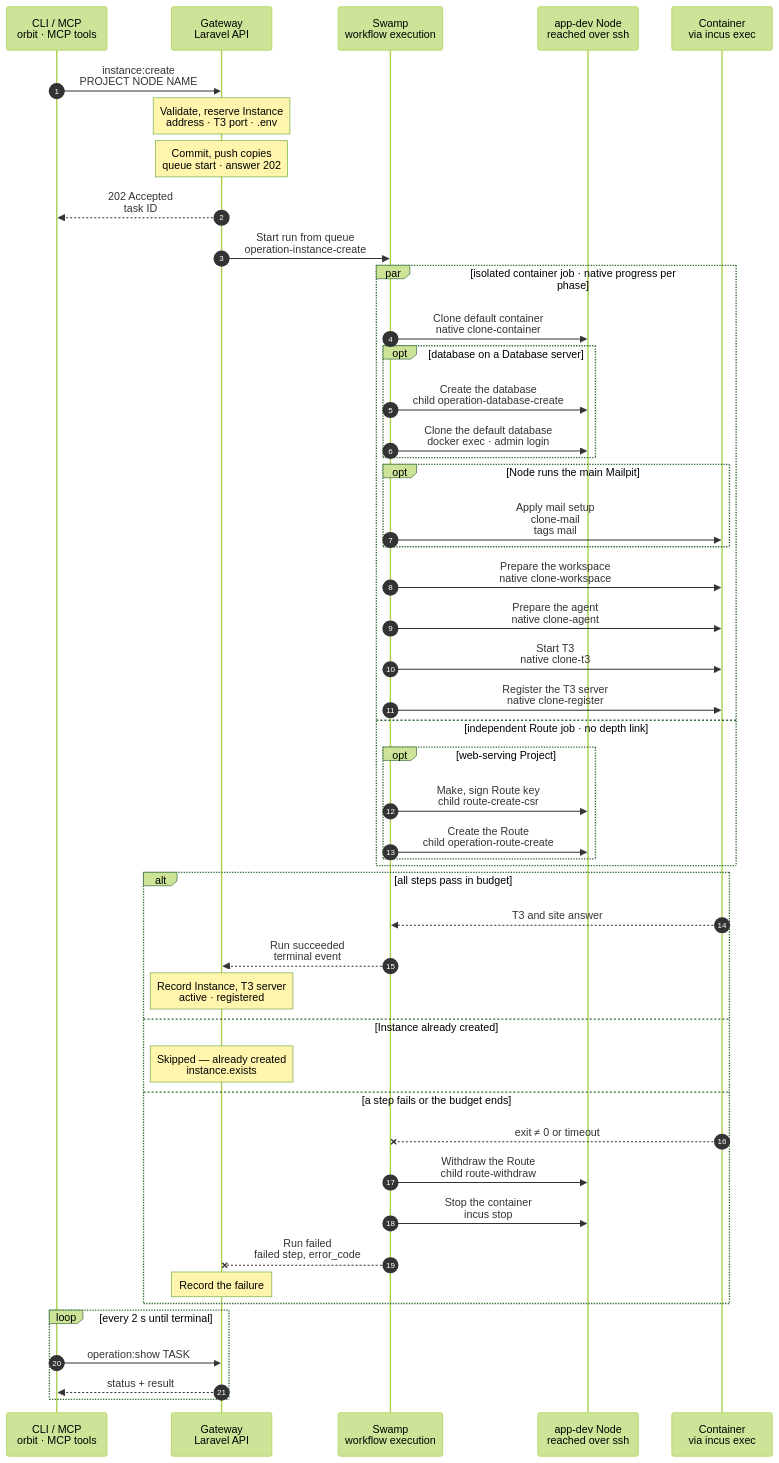
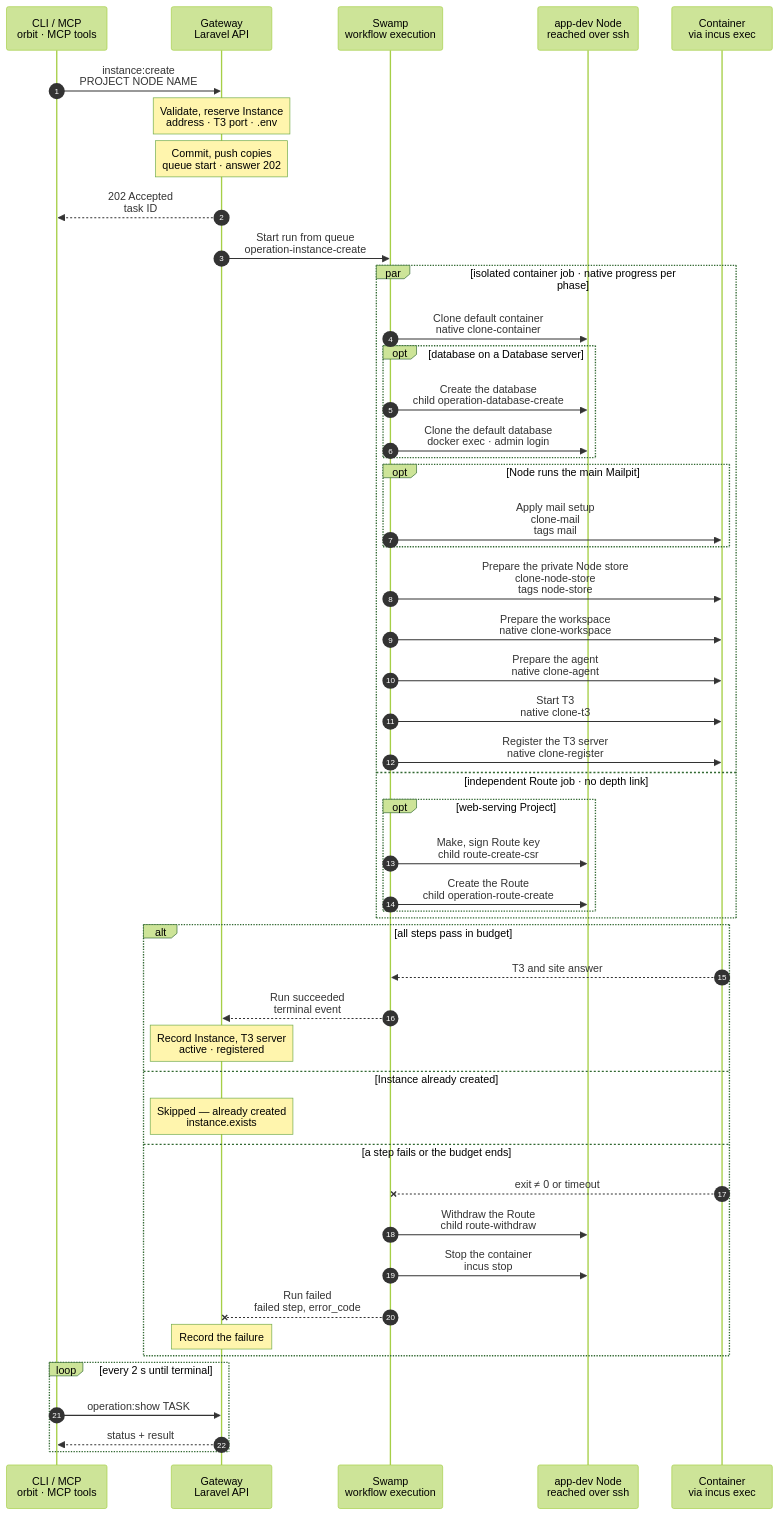
The diagram in docs/cli/instance/container/create.mmd (hardimpactdev/orbit), drawn with Mermaid (forest theme) before and after one commit. The commit also changed 8 other files, not shown here.

Commit message:
docs: define private Instance Node stores and pre-cutover preparation

```diff
--- a/docs/cli/instance/container/create.mmd
+++ b/docs/cli/instance/container/create.mmd
@@ -1,123 +1,125 @@
 sequenceDiagram
   %% Target design, container runtime (ADR 0250 step 3, docs/reference/development-containers.md#create): every new Instance is a ZFS clone of the Project's default Instance on its Node, with a clone of its database. Built for the Nodes of the build list. The kind and its step names follow docs/cli/instance/create.mmd; the intent's `container.clone` marks a clone. The Project's first default Instance is container/create-default.mmd; when the charts move into place, it becomes the first-default branch of this chart.
   %% status: draft
   %% command: instance:create
   %% kind: instance.create
   autonumber
   %% lane CLI icon=terminal pill=caller tone=gray
   %% lane GW icon=gateway pill=intent tone=blue
   %% lane SW icon=workflow pill=executes tone=green
   %% lane N icon=server pill=target tone=amber
   %% lane C icon=server pill=target tone=purple
   participant CLI as CLI / MCP<br/>orbit · MCP tools
   participant GW as Gateway<br/>Laravel API
   participant SW as Swamp<br/>workflow execution
   participant N as app-dev Node<br/>reached over ssh
   participant C as Container<br/>via incus exec
   CLI->>GW: instance:create<br/>PROJECT NODE NAME
   %%> Command:
   %%> - `orbit instance:create PROJECT NODE NAME`
   %%> - syntax: `<project> <node> <name> [--root=PATH] [--domain=HOST] [--branch=BRANCH] [--database-server=SLUG]`
   Note over GW: Validate, reserve Instance<br/>address · T3 port · .env
   %%> Requirements:
   %%> - the calling Node has node access to the target Node, an active `app-dev` Node
   %%> - the Project's `default` Instance runs in a container on this Node, is active and has a seed snapshot, else `instance.default_missing`
   %%> - Conn is enabled, and the model router has its guard, else `operation.kind_unavailable`
   %%> - a database on a Database server clones on the default's server; another server refuses `instance.database_clone_unsupported`
   %%> Result:
   %%> - the Instance is reserved with its runtime record: container name, bridge address, the lowest free T3 port from 3800 and the default as clone source
   %%> - `.env` is rendered from the Project's env template; it, the placeholder model key and a repository read token go to the vault
   %%> - the clone workspace reads one private JSON vault value with `.env` and the Process environment files; SSH stdin takes the whole value
   %%> - a task is recorded with the full intent and `container.clone`
   Note over GW: Commit, push copies<br/>queue start · answer 202
   GW-->>CLI: 202 Accepted<br/>task ID
   GW->>SW: Start run from queue<br/>operation-instance-create
   par isolated container job · native progress per phase
     SW->>N: Clone default container<br/>native clone-container
     %%> What it does:
     %%> - the copy supplies the full root disk device (type, path, pool and size), whether the seed inherits it or stores it locally
     %%> - `incus copy` of the default container's snapshot `seed-<commit>`, a ZFS clone; a stopped default needs no start
     %%> - the copy gets its own bridge address and ACL, and the proxy device `t3`: NAT from the Node's WireGuard address and the T3 port to T3's port 3773
     %%> - the container's ACL lets the Node's Caddy reach port 8080, WireGuard peers reach port 3773, and the container reach its database server's port
     %%> - UFW: a route rule admits WireGuard peers to T3, below a deny for the task VM range; a rule admits the container to its database server's port
     %%> - starts the copy: nftables, `hidepid` and the image's units start; T3 does not, because `/etc/orbit/instance` does not exist yet
     %%> Branch:
     %%> - fetches the Instance's branch into the Node's mirror with the read token, or creates it at the seed commit; the token stays on the Node
     opt database on a Database server
       SW->>N: Create the database<br/>child operation-database-create
       %%> What it does, through the database family:
       %%> - creates the Instance's owner and an empty database on the default's server
       SW->>N: Clone the default database<br/>docker exec · admin login
       %%> What it does:
       %%> - PostgreSQL: refuses new connections to the default database and ends its sessions, then `CREATE DATABASE … TEMPLATE`, and gives the clone's objects to the new owner
       %%> - a cleanup that always runs allows connections to the default database again
       %%> - MySQL: a dump of the default database restored into the new one
       %%> Runs beside the clone step: Swamp starts both at once.
     end
     opt Node runs the main Mailpit
       SW->>C: Apply mail setup<br/>clone-mail<br/>tags mail
       %%> Why:
       %%> - the exact own-ACL SMTP rule and additive bridge endpoint reach Mailpit without a Node converge
       %%> When:
       %%> - two IPv4 loopback sockets forward 1025 and 2525; a foreign listener skips setup without stopping its Process
     end
+    SW->>C: Prepare the private Node store<br/>clone-node-store<br/>tags node-store
+    %%> - preserves downloaded runtimes from the seed, converts an old shared-store link, and fetches a changed branch pin before starting Processes
     SW->>C: Prepare the workspace<br/>native clone-workspace
     %%> What it does:
     %%> - pushes the branch in as a bundle and checks it out in `/srv/workspace`; the group, setgid bits and default ACLs come with the clone
     %%> - writes `.env` for `orbit` with group `work`; it keeps the default's `APP_KEY`, because the cloned data is encrypted with it
     %%> No setup steps:
     %%> - the default Instance installed the dependencies and migrated; a later lockfile change is installed in the workspace
     SW->>C: Prepare the agent<br/>native clone-agent
     %%> What it does:
     %%> - writes the placeholder key for `agent`, and the Claude Code and Codex settings that point at the model forwarder
     %%> - links `~/.claude/CLAUDE.md` and `~/.codex/AGENTS.md` of `agent` to the note of the Project type
     %%> - writes `/etc/orbit/instance`, owned by root and readable by all
     %%> What it does:
     %%> - writes the shared FrankenPHP Caddyfile and unit, then restarts it as `orbit`; only the Node's bridge peer with `X-Forwarded-Proto: https` sets PHP's HTTPS scheme, port and resolved client IP
   %%> - starts use nonblocking systemd jobs, then a bounded readiness check for each running unit; container Process units order after `network.target`
     SW->>C: Start T3<br/>native clone-t3
     %%> What it does:
     %%> - T3 starts for the first time and creates its identity; the T3 project `/srv/workspace` is added as `agent`
     %%> Check:
     %%> - waits up to 30 s for `/.well-known/t3/environment`, else `instance.t3_unready`
     SW->>C: Register the T3 server<br/>native clone-register
     %%> What it does:
     %%> - see container/t3-register.mmd: the sessions go to the vault, and the step checks the environment id and scopes
   and independent Route job · no depth link
     opt web-serving Project
       SW->>N: Make, sign Route key<br/>child route-create-csr
       SW->>N: Create the Route<br/>child operation-route-create
       %%> What it adds:
       %%> - the same steps as `route:create`, with the signed certificate, then a TLS handshake check; no HTTP request waits for app startup
       %%> - the Node's Caddy proxies the Route to FrankenPHP at the container's bridge address
       %%> - the Route job waits only for its CSR; a separate job prevents depth scheduling from delaying the container phases
       %%> - the prepared Route skips workspace ACL and environment writes; the container job owns those
     end
   end
   alt all steps pass in budget
     C-->>SW: T3 and site answer
     SW-->>GW: Run succeeded<br/>terminal event
     Note over GW: Record Instance, T3 server<br/>active · registered
     %%> Result:
     %%> - the Instance, its runtime and its Route become active; the runtime records the default Instance it came from
     %%> - the Conn layer records the T3 server from the result; its Node is the container's Node and it names the Instance
     %%> - the receipt includes when T3 answered, its sessions passed, and the Route TLS probes passed
   else Instance already created
     Note over GW: Skipped — already created<br/>instance.exists
   else a step fails or the budget ends
     C--xSW: exit ≠ 0 or timeout
     SW->>N: Withdraw the Route<br/>child route-withdraw
     %%> When:
     %%> - only when the run published it
     SW->>N: Stop the container<br/>incus stop
     %%> What stays:
     %%> - the stopped container, its database and its runtime record, marked failed; `instance:destroy` removes them
     SW--xGW: Run failed<br/>failed step, error_code
     Note over GW: Record the failure
     %%> Retry:
     %%> - run the same command again; it resumes on the same container and database
   end
   loop every 2 s until terminal
     CLI->>GW: operation:show TASK
     GW-->>CLI: status + result
   end
```
